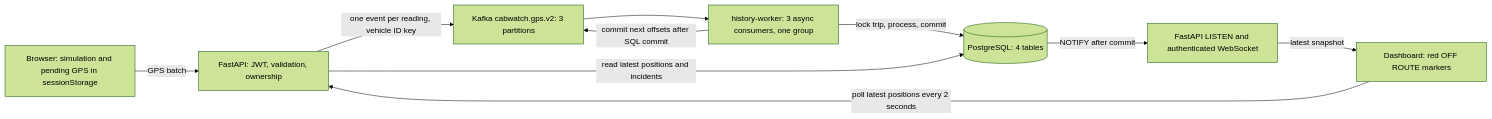
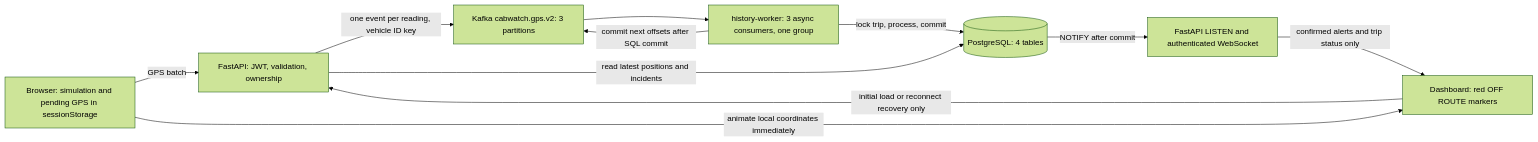
One commit to vermavaibhav23/CabWatch changed the diagram in README.md. Above: the diagram before and after it, drawn with Mermaid (forest theme). The commit also changed other lines of this file and 10 other files, not shown here.

First line of the commit message:
Replace browser polling with local animation and WebSocket status updates

````diff
--- a/README.md
+++ b/README.md
@@ -19,12 +19,13 @@
 ```mermaid
 flowchart LR
  B[Browser: simulation and pending GPS in sessionStorage] -->|GPS batch| API[FastAPI: JWT, validation, ownership]
  API -->|one event per reading, vehicle ID key| K[Kafka cabwatch.gps.v2: 3 partitions]
  K --> C[history-worker: 3 async consumers, one group]
  C -->|lock trip, process, commit| DB[(PostgreSQL: 4 tables)]
  DB -->|NOTIFY after commit| WS[FastAPI LISTEN and authenticated WebSocket]
- WS -->|latest snapshot| UI[Dashboard: red OFF ROUTE markers]
- UI -->|poll latest positions every 2 seconds| API
+ WS -->|confirmed alerts and trip status only| UI[Dashboard: red OFF ROUTE markers]
+ B -->|animate local coordinates immediately| UI
+ UI -->|initial load or reconnect recovery only| API
  API -->|read latest positions and incidents| DB
  C -->|commit next offsets after SQL commit| K
 ```
````
